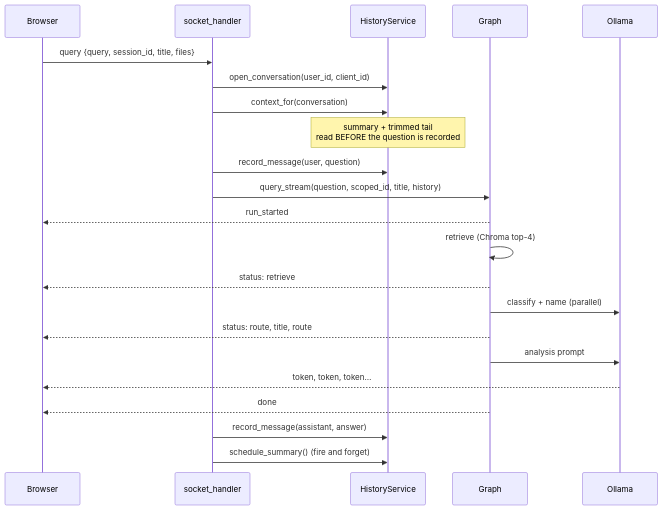
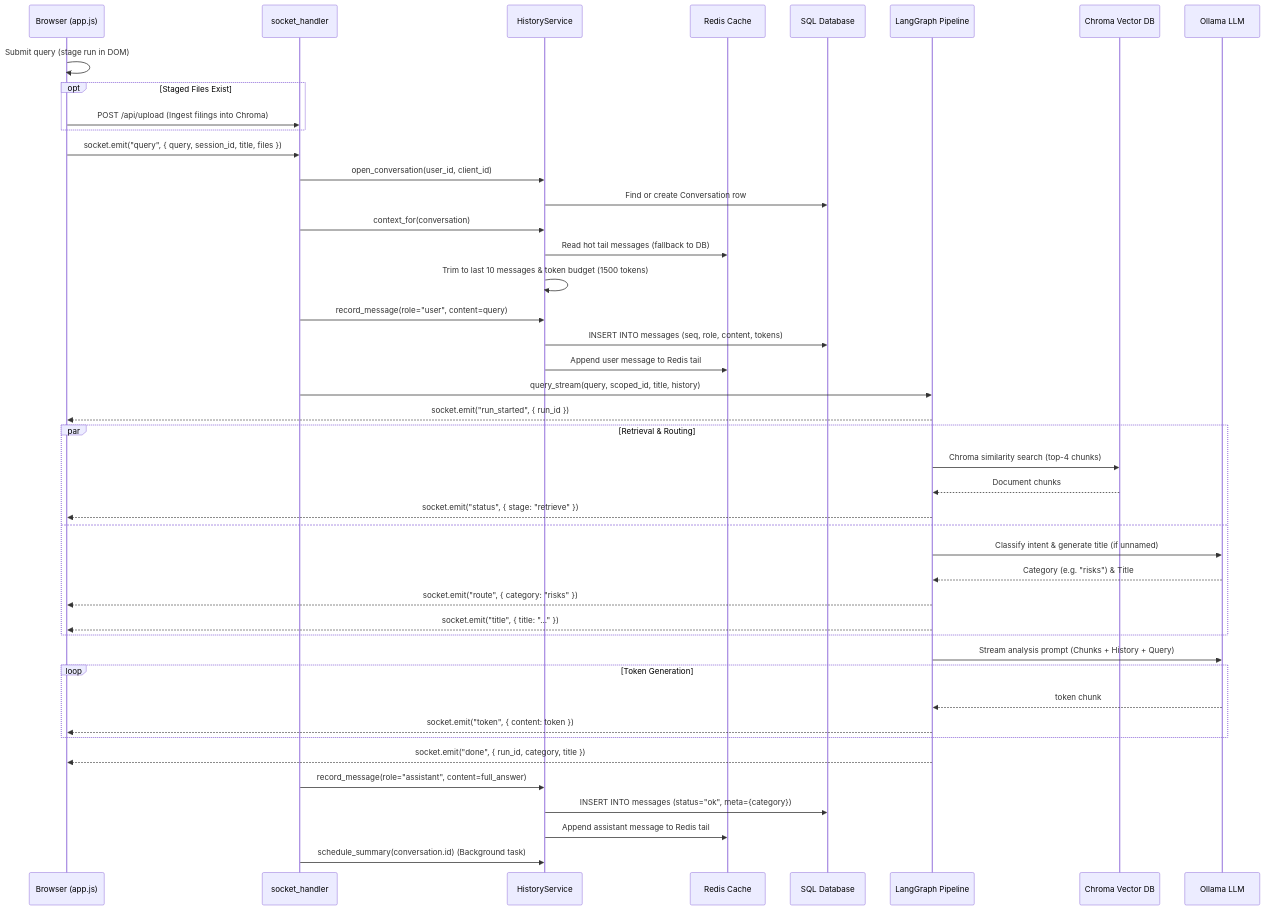
The third of 4 diagrams in docs/HOW-IT-WORKS.md (selvakumarperumal/Corporate_Filing_Analyzer_Agent), drawn with Mermaid before and after one commit. The commit also changed other lines of this file, not shown here.

Commit message:
docs: enrich HOW-IT-WORKS with auth flows, JWT lifecycle, dossier CRUD, and caching details

````diff
--- a/docs/HOW-IT-WORKS.md
+++ b/docs/HOW-IT-WORKS.md
@@ -391,25 +426,50 @@
 ```mermaid
 sequenceDiagram
-    participant B as Browser
+    participant B as Browser (app.js)
     participant S as socket_handler
     participant H as HistoryService
-    participant G as Graph
-    participant O as Ollama
+    participant R as Redis Cache
+    participant DB as SQL Database
+    participant G as LangGraph Pipeline
+    participant C as Chroma Vector DB
+    participant O as Ollama LLM
 
-    B->>S: query {query, session_id, title, files}
+    B->>B: Submit query (stage run in DOM)
+    opt Staged Files Exist
+        B->>S: POST /api/upload (Ingest filings into Chroma)
+    end
+    B->>S: socket.emit("query", { query, session_id, title, files })
     S->>H: open_conversation(user_id, client_id)
+    H->>DB: Find or create Conversation row
     S->>H: context_for(conversation)
-    Note over H: summary + trimmed tail<br/>read BEFORE the question is recorded
-    S->>H: record_message(user, question)
-    S->>G: query_stream(question, scoped_id, title, history)
-    G-->>B: run_started
-    G->>G: retrieve (Chroma top-4)
-    G-->>B: status: retrieve
-    G->>O: classify + name (parallel)
-    G-->>B: status: route, title, route
-    G->>O: analysis prompt
-    O-->>B: token, token, token…
-    G-->>B: done
-    S->>H: record_message(assistant, answer)
-    S->>H: schedule_summary()  (fire and forget)
+    H->>R: Read hot tail messages (fallback to DB)
+    H->>H: Trim to last 10 messages & token budget (1500 tokens)
+    S->>H: record_message(role="user", content=query)
+    H->>DB: INSERT INTO messages (seq, role, content, tokens)
+    H->>R: Append user message to Redis tail
+    S->>G: query_stream(query, scoped_id, title, history)
+    G-->>B: socket.emit("run_started", { run_id })
+
+    par Retrieval & Routing
+        G->>C: Chroma similarity search (top-4 chunks)
+        C-->>G: Document chunks
+        G-->>B: socket.emit("status", { stage: "retrieve" })
+    and
+        G->>O: Classify intent & generate title (if unnamed)
+        O-->>G: Category (e.g. "risks") & Title
+        G-->>B: socket.emit("route", { category: "risks" })
+        G-->>B: socket.emit("title", { title: "..." })
+    end
+
+    G->>O: Stream analysis prompt (Chunks + History + Query)
+    loop Token Generation
+        O-->>G: token chunk
+        G-->>B: socket.emit("token", { content: token })
+    end
+    G-->>B: socket.emit("done", { run_id, category, title })
+
+    S->>H: record_message(role="assistant", content=full_answer)
+    H->>DB: INSERT INTO messages (status="ok", meta={category})
+    H->>R: Append assistant message to Redis tail
+    S->>H: schedule_summary(conversation.id) (Background task)
 ```
````
